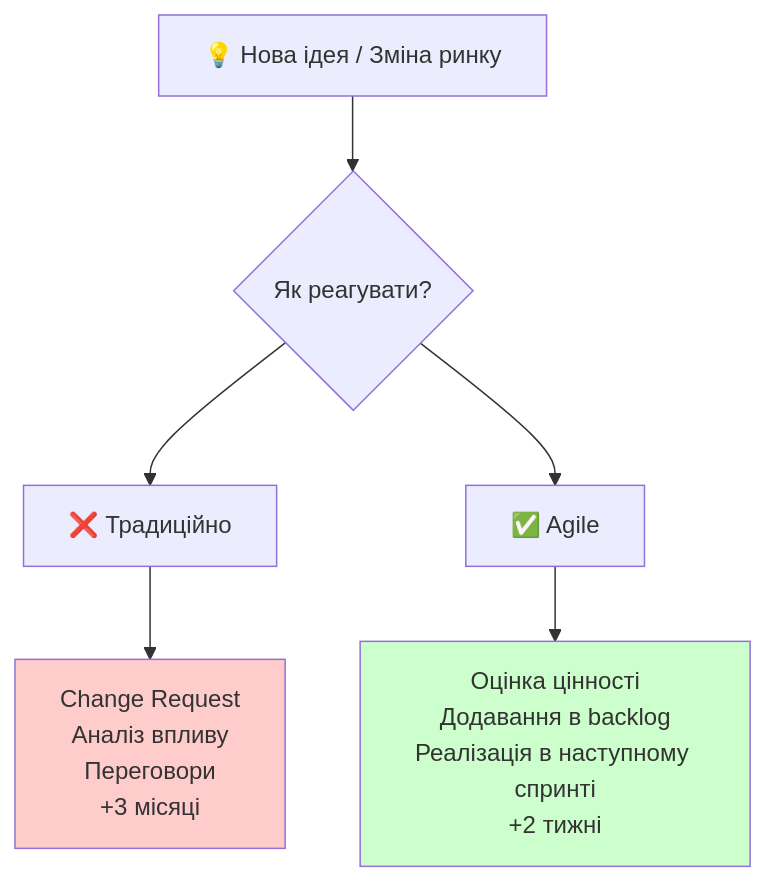
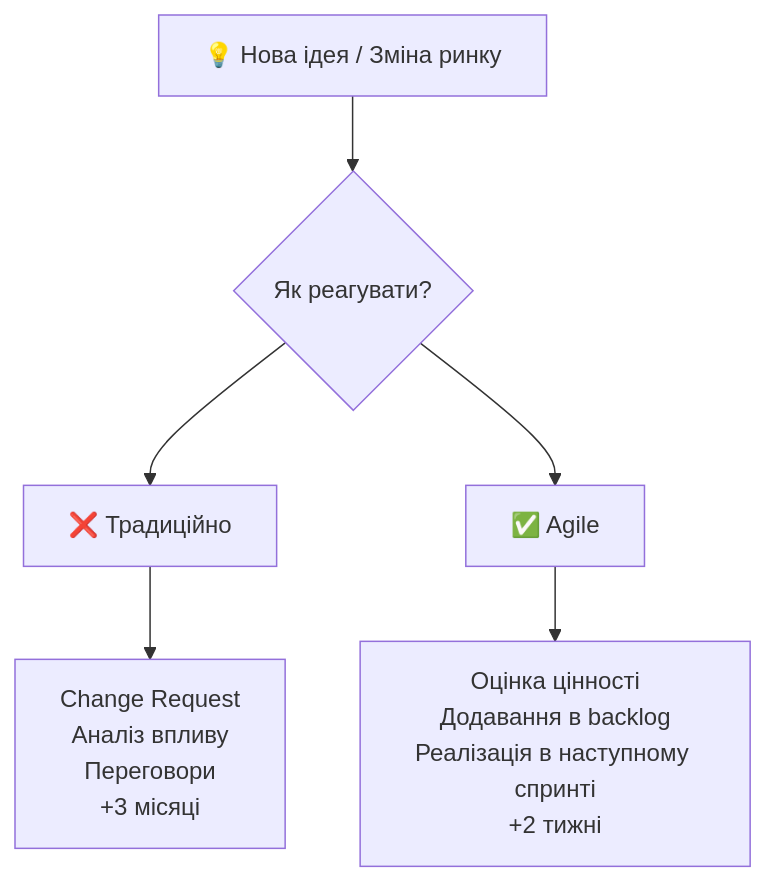
One commit to olroi421/course-opi changed the fourth of 15 diagrams in docs/presentations/presentation-05.md. Above: the diagram before and after it, drawn with Mermaid. The commit also changed other lines of this file, not shown here.

````diff
--- a/docs/presentations/presentation-05.md
+++ b/docs/presentations/presentation-05.md
@@ -120,14 +120,12 @@
 ```mermaid
 graph TB
     A[💡 Нова ідея / Зміна ринку] --> B{Як реагувати?}
 
     B --> C[❌ Традиційно]
     B --> D[✅ Agile]
 
     C --> C1[Change Request<br/>Аналіз впливу<br/>Переговори<br/>+3 місяці]
 
     D --> D1[Оцінка цінності<br/>Додавання в backlog<br/>Реалізація в наступному спринті<br/>+2 тижні]
 
-    style C1 fill:#ffcccc
-    style D1 fill:#ccffcc
 ```
````
